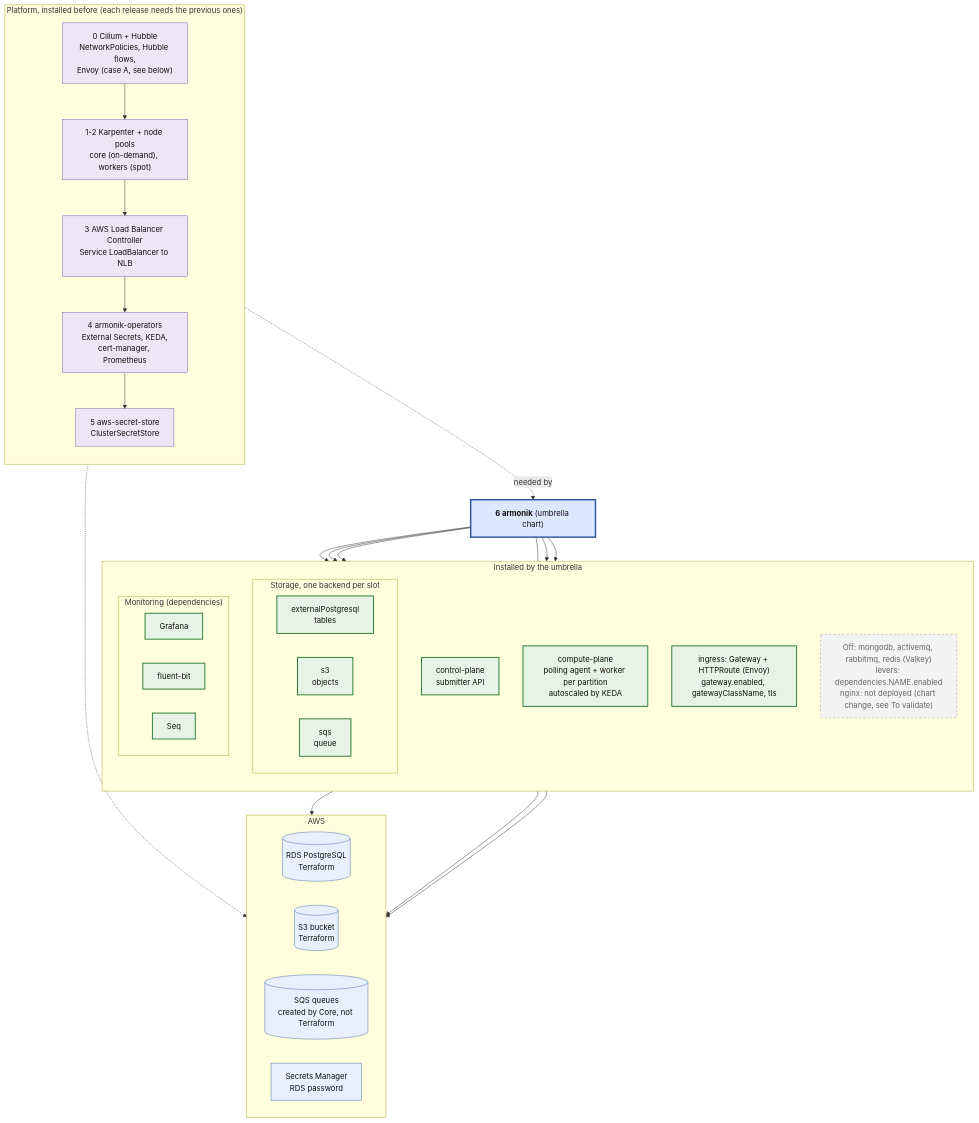
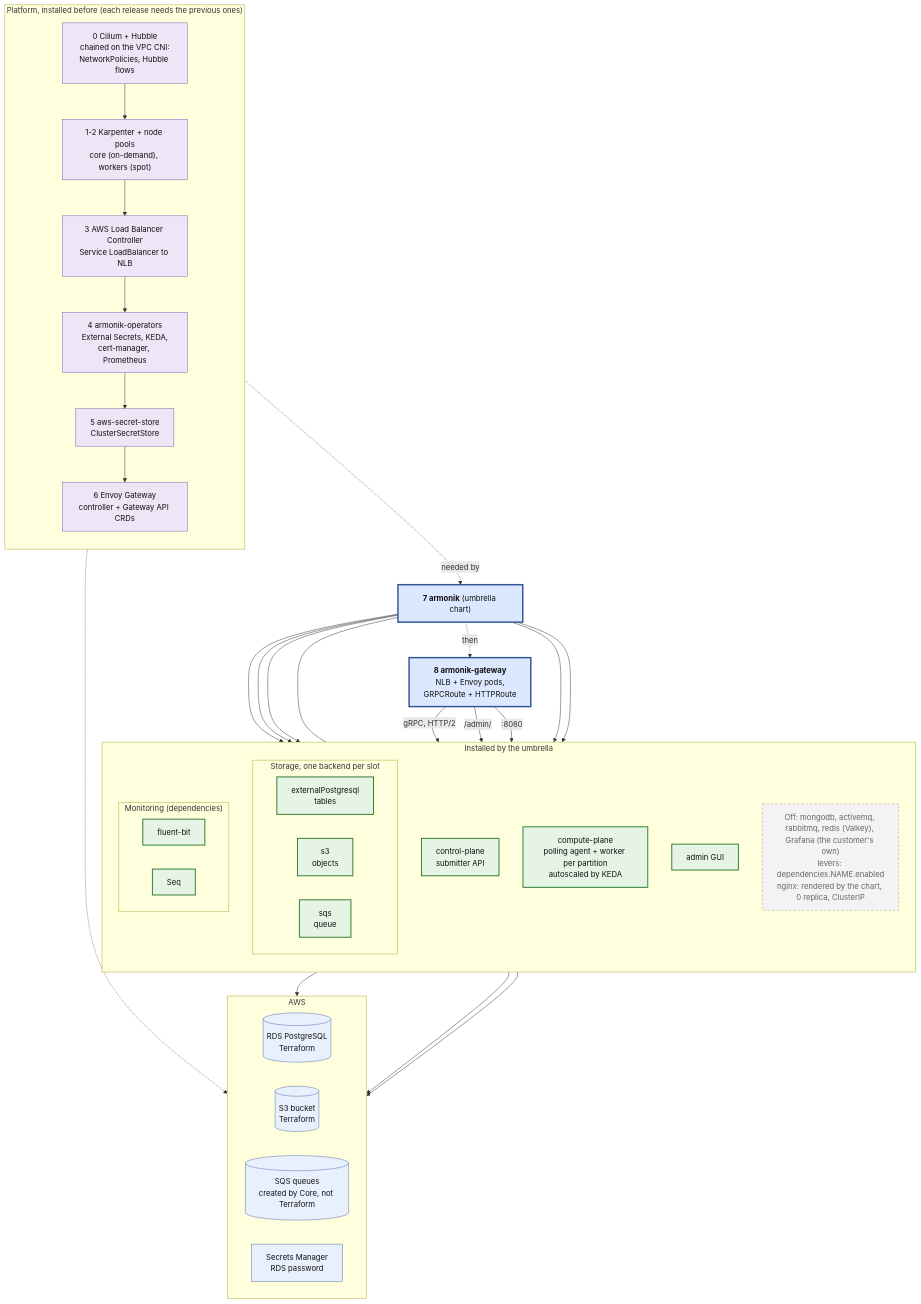
One commit to aneoconsulting/ArmoniK changed the first of 2 diagrams in infrastructure/quick-deploy/aws-charts/docs/diagrams/01-deployment.md. Above: the diagram before and after it, drawn with Mermaid. The commit also changed other lines of this file and 47 other files, not shown here.

Commit message:
feat: stack with helm cli - SQS S3 RDS ENVOY CILIUM & custom infra

````diff
--- a/infrastructure/quick-deploy/aws-charts/docs/diagrams/01-deployment.md
+++ b/infrastructure/quick-deploy/aws-charts/docs/diagrams/01-deployment.md
@@ -7,59 +7,65 @@
 ```mermaid
 flowchart TD
     classDef umb fill:#dce8ff,stroke:#2f5597,stroke-width:3px,color:#111
     classDef on fill:#e6f4e6,stroke:#2e7d32,stroke-width:2px,color:#111
     classDef plat fill:#ece6f7,stroke:#7a5cb0,color:#111
     classDef aws fill:#e8f0fe,stroke:#4a6fa5,color:#111
     classDef off fill:#f3f3f3,stroke:#9e9e9e,stroke-dasharray:5 4,color:#666
 
-    U["<b>6 armonik</b> (umbrella chart)"]:::umb
+    U["<b>7 armonik</b> (umbrella chart)"]:::umb
 
     subgraph APP["Installed by the umbrella"]
         direction TB
         CP["control-plane<br/>submitter API"]:::on
         COMP["compute-plane<br/>polling agent + worker per partition<br/>autoscaled by KEDA"]:::on
-        ING["ingress: Gateway + HTTPRoute (Envoy)<br/>gateway.enabled, gatewayClassName, tls"]:::on
+        GUI["admin GUI"]:::on
         subgraph STORE["Storage, one backend per slot"]
             direction LR
             PG["externalPostgresql<br/>tables"]:::on
             S3C["s3<br/>objects"]:::on
             SQSC["sqs<br/>queue"]:::on
         end
         subgraph MON["Monitoring (dependencies)"]
             direction LR
-            GR["Grafana"]:::on
             FB["fluent-bit"]:::on
             SEQ["Seq"]:::on
         end
-        OFF["Off: mongodb, activemq, rabbitmq, redis (Valkey)<br/>levers: dependencies.NAME.enabled<br/>nginx: not deployed (chart change, see To validate)"]:::off
+        OFF["Off: mongodb, activemq, rabbitmq, redis (Valkey), Grafana (the customer's own)<br/>levers: dependencies.NAME.enabled<br/>nginx: rendered by the chart, 0 replica, ClusterIP"]:::off
     end
     U --> CP
     U --> COMP
-    U --> ING
+    U --> GUI
     U --> STORE
     U --> MON
     U --- OFF
 
     subgraph PLAT["Platform, installed before (each release needs the previous ones)"]
         direction TB
-        CIL["0 Cilium + Hubble<br/>NetworkPolicies, Hubble flows,<br/>Envoy (case A, see below)"]:::plat
+        CIL["0 Cilium + Hubble<br/>chained on the VPC CNI:<br/>NetworkPolicies, Hubble flows"]:::plat
         KAR["1-2 Karpenter + node pools<br/>core (on-demand), workers (spot)"]:::plat
         LBC["3 AWS Load Balancer Controller<br/>Service LoadBalancer to NLB"]:::plat
         OPS["4 armonik-operators<br/>External Secrets, KEDA,<br/>cert-manager, Prometheus"]:::plat
         CSS["5 aws-secret-store<br/>ClusterSecretStore"]:::plat
-        CIL --> KAR --> LBC --> OPS --> CSS
+        EG["6 Envoy Gateway<br/>controller + Gateway API CRDs"]:::plat
+        CIL --> KAR --> LBC --> OPS --> CSS --> EG
     end
-    CSS -.->|"needed by"| U
+    EG -.->|"needed by"| U
+
+    GW["<b>8 armonik-gateway</b><br/>NLB + Envoy pods,<br/>GRPCRoute + HTTPRoute"]:::umb
+    U -.->|"then"| GW
+    GW -->|"gRPC, HTTP/2"| CP
+    GW -->|"/admin/"| GUI
+    GW -->|":8080"| SEQ
 
     subgraph AWSZ["AWS"]
         direction LR
         RDS[("RDS PostgreSQL<br/>Terraform")]:::aws
         S3[("S3 bucket<br/>Terraform")]:::aws
         SQS[("SQS queues<br/>created by Core, not Terraform")]:::aws
         SM["Secrets Manager<br/>RDS password"]:::aws
     end
     PG --> RDS
     S3C --> S3
     SQSC --> SQS
     CSS -.-> SM
 ```
````
